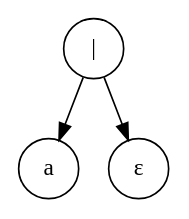
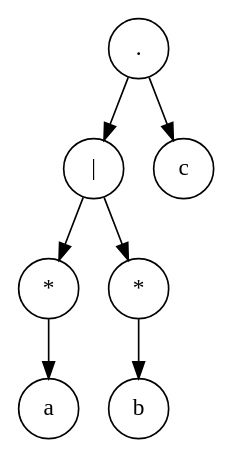
Before and after one commit to JoseGon20335/labC-lenguajes: the diagram in Tree.gv, drawn with Graphviz. The commit also changed 20 other files, not shown here.

```diff
--- a/Tree.gv
+++ b/Tree.gv
@@ -1,9 +1,17 @@
 // resultado
-digraph Tree {
+digraph tree {
 	graph [rankdir=TB]
-	1952709986576 [label="|" shape=circle]
-	1952709985808 [label=a shape=circle]
-	1952709986576 -> 1952709985808
-	1952709986672 [label="ε" shape=circle]
-	1952709986576 -> 1952709986672
+	1594047704192 [label="." shape=circle]
+	1594047704096 [label="|" shape=circle]
+	1594047703952 [label="*" shape=circle]
+	1594047703904 [label=a shape=circle]
+	1594047703952 -> 1594047703904
+	1594047704096 -> 1594047703952
+	1594047704048 [label="*" shape=circle]
+	1594047704000 [label=b shape=circle]
+	1594047704048 -> 1594047704000
+	1594047704096 -> 1594047704048
+	1594047704192 -> 1594047704096
+	1594047704144 [label=c shape=circle]
+	1594047704192 -> 1594047704144
 }
```
